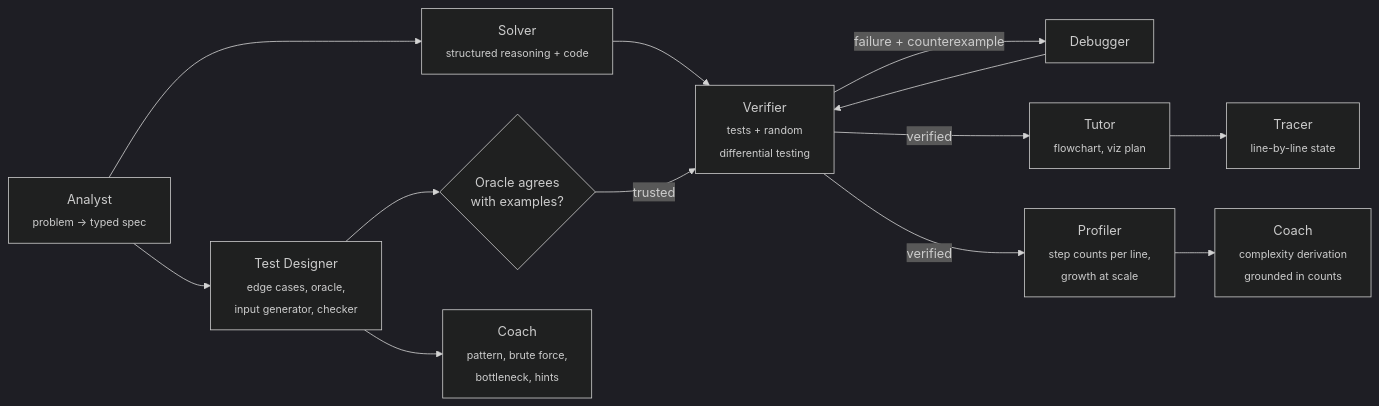
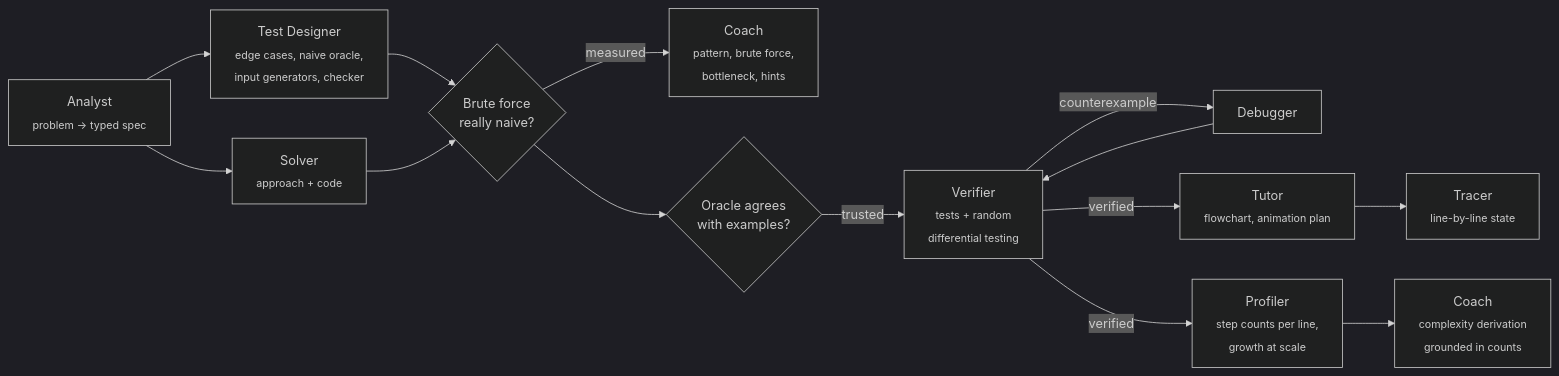
One commit to hgn2108/cotutor changed the diagram in README.md. Above: the diagram before and after it, drawn with Mermaid (dark theme). The commit also changed other lines of this file and 93 other files, not shown here.

````diff
--- a/README.md
+++ b/README.md
@@ -35,15 +54,16 @@
 ```mermaid
 flowchart LR
-    A[Analyst<br/><sub>problem → typed spec</sub>] --> T[Test Designer<br/><sub>edge cases, oracle,<br/>input generator, checker</sub>]
-    A --> S[Solver<br/><sub>structured reasoning + code</sub>]
-    T --> O{Oracle agrees<br/>with examples?}
-    S --> V
+    A[Analyst<br/><sub>problem → typed spec</sub>] --> T[Test Designer<br/><sub>edge cases, naive oracle,<br/>input generators, checker</sub>]
+    A --> S[Solver<br/><sub>approach + code</sub>]
+    T --> N{Brute force<br/>really naive?}
+    S --> N
+    N -->|measured| C1[Coach<br/><sub>pattern, brute force,<br/>bottleneck, hints</sub>]
+    N --> O{Oracle agrees<br/>with examples?}
     O -->|trusted| V[Verifier<br/><sub>tests + random<br/>differential testing</sub>]
-    V -->|failure + counterexample| D[Debugger]
+    V -->|counterexample| D[Debugger]
     D --> V
-    T --> C1[Coach<br/><sub>pattern, brute force,<br/>bottleneck, hints</sub>]
-    V -->|verified| E[Tutor<br/><sub>flowchart, viz plan</sub>]
+    V -->|verified| E[Tutor<br/><sub>flowchart, animation plan</sub>]
     V -->|verified| P[Profiler<br/><sub>step counts per line,<br/>growth at scale</sub>]
     P --> C2[Coach<br/><sub>complexity derivation<br/>grounded in counts</sub>]
     E --> R[Tracer<br/><sub>line-by-line state</sub>]
 ```
````
